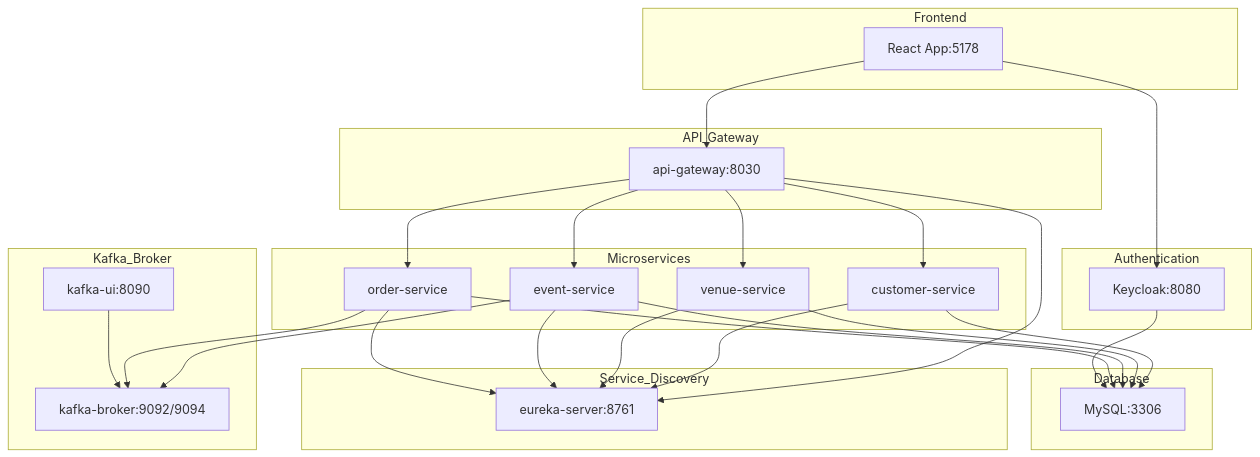
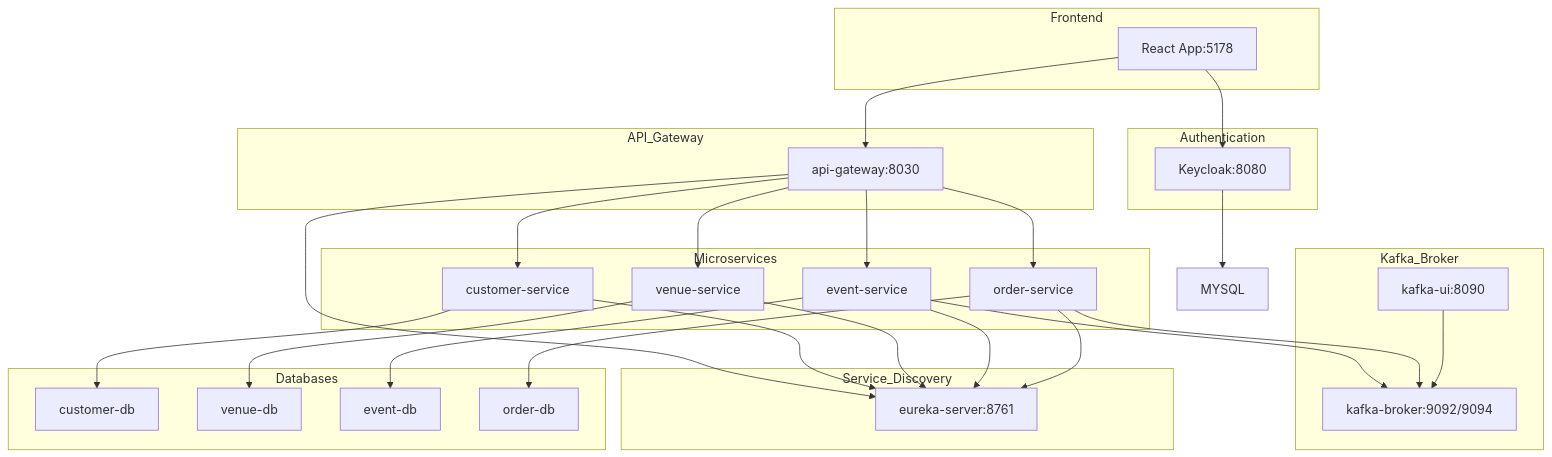
Before and after one commit to KyawThura5/microservices-ticket-system: the diagram in README.md, drawn with Mermaid. The commit also changed other lines of this file and 1 other file, not shown here.

Commit message:
edit readme file

````diff
--- a/README.md
+++ b/README.md
@@ -20,60 +20,63 @@
 ```mermaid
 graph TB
   subgraph Frontend
     FRONTEND[React App:5178]
   end
 
   subgraph Authentication
     KEYCLOAK[Keycloak:8080]
   end
 
   subgraph Service_Discovery
     EUREKA[eureka-server:8761]
   end
 
   subgraph API_Gateway
     APIGW[api-gateway:8030]
   end
 
   subgraph Kafka_Broker
     KAFKA[kafka-broker:9092/9094]
     KAFKAUI[kafka-ui:8090]
   end
 
-  subgraph Database
-    MYSQL[MySQL:3306]
+  subgraph Databases
+    CDB[customer-db]
+    VDB[venue-db]
+    EDB[event-db]
+    ODB[order-db]
   end
 
   subgraph Microservices
     CUSTOMER[customer-service]
     VENUE[venue-service]
     EVENT[event-service]
     ORDER[order-service]
   end
 
   %% Connections
   FRONTEND --> KEYCLOAK
   FRONTEND --> APIGW
   
   APIGW --> EUREKA
   CUSTOMER --> EUREKA
   VENUE --> EUREKA
   EVENT --> EUREKA
   ORDER --> EUREKA
 
   APIGW --> CUSTOMER
   APIGW --> VENUE
   APIGW --> EVENT
   APIGW --> ORDER
 
-  CUSTOMER --> MYSQL
-  VENUE --> MYSQL
-  EVENT --> MYSQL
-  ORDER --> MYSQL
+  CUSTOMER --> CDB
+  VENUE --> VDB
+  EVENT --> EDB
+  ORDER --> ODB
 
   EVENT --> KAFKA
   ORDER --> KAFKA
   KAFKAUI --> KAFKA
   
   KEYCLOAK --> MYSQL
 ```
````
